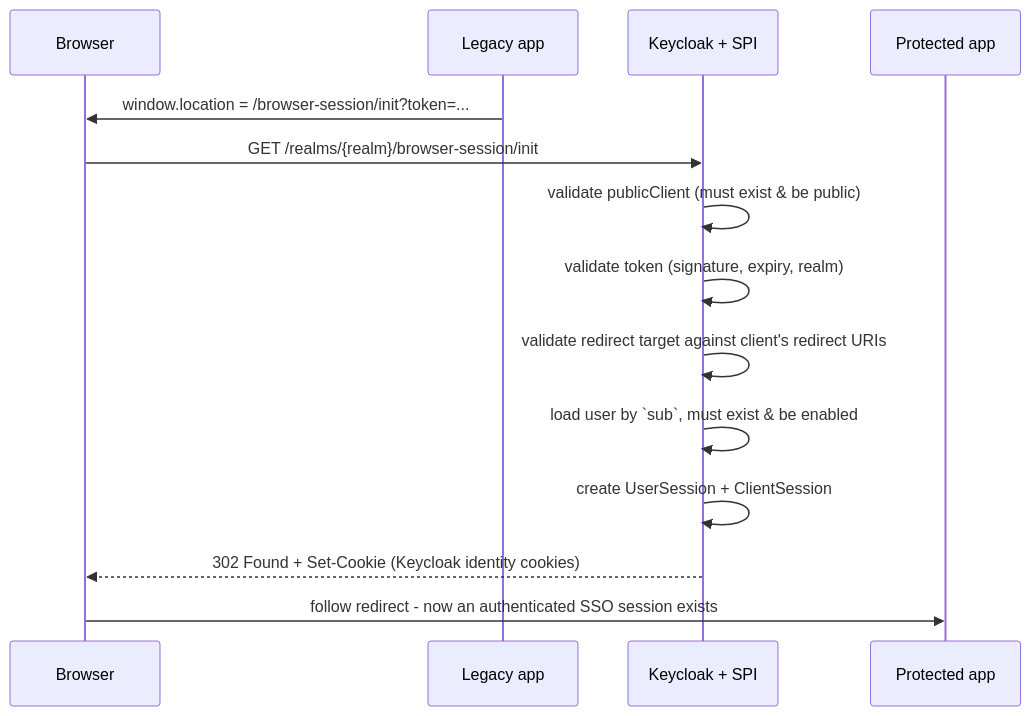
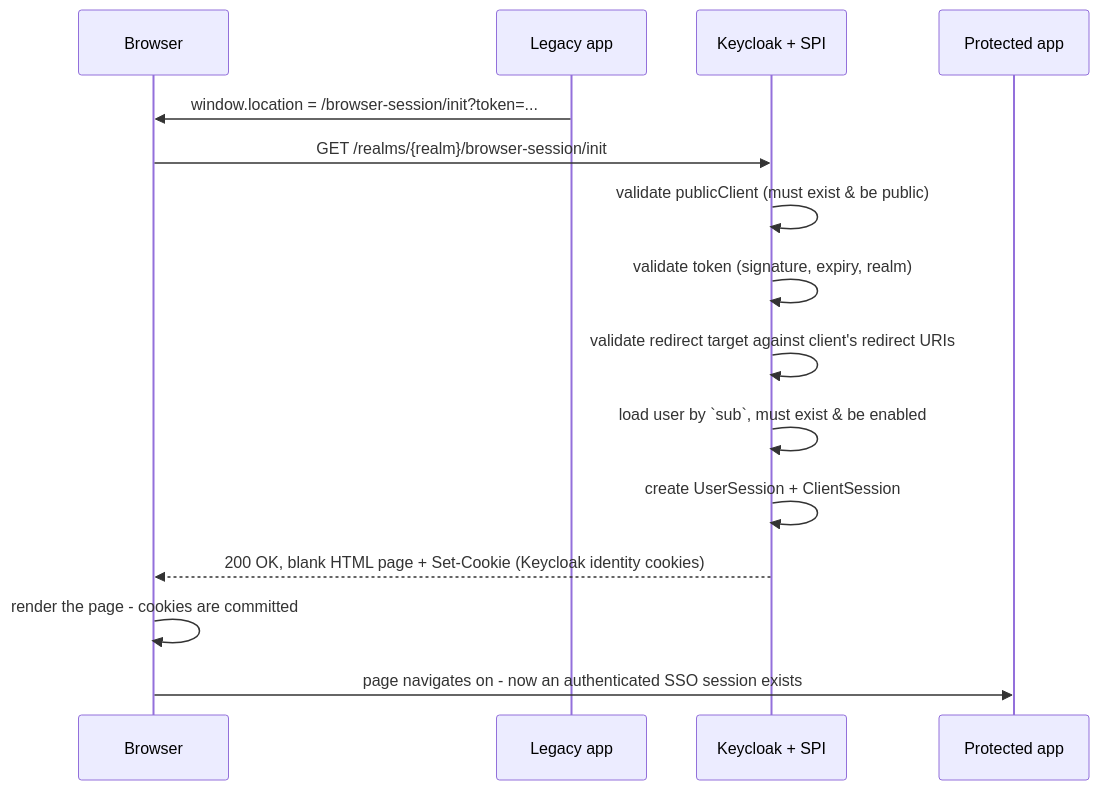
One commit to gefestdev/keycloak-browser-spi-session changed the diagram in README.md. Above: the diagram before and after it, drawn with Mermaid. The commit also changed other lines of this file and 2 other files, not shown here.

Commit message:
редирект физической страницы затем редирект на redirect_uri

````diff
--- a/README.md
+++ b/README.md
@@ -43,17 +53,18 @@
 ```mermaid
 sequenceDiagram
     participant B as Browser
     participant A as Legacy app
     participant K as Keycloak + SPI
     participant D as Protected app
 
     A->>B: window.location = /browser-session/init?token=...
     B->>K: GET /realms/{realm}/browser-session/init
     K->>K: validate publicClient (must exist & be public)
     K->>K: validate token (signature, expiry, realm)
     K->>K: validate redirect target against client's redirect URIs
     K->>K: load user by `sub`, must exist & be enabled
     K->>K: create UserSession + ClientSession
-    K-->>B: 302 Found + Set-Cookie (Keycloak identity cookies)
-    B->>D: follow redirect - now an authenticated SSO session exists
+    K-->>B: 200 OK, blank HTML page + Set-Cookie (Keycloak identity cookies)
+    B->>B: render the page - cookies are committed
+    B->>D: page navigates on - now an authenticated SSO session exists
 ```
````
